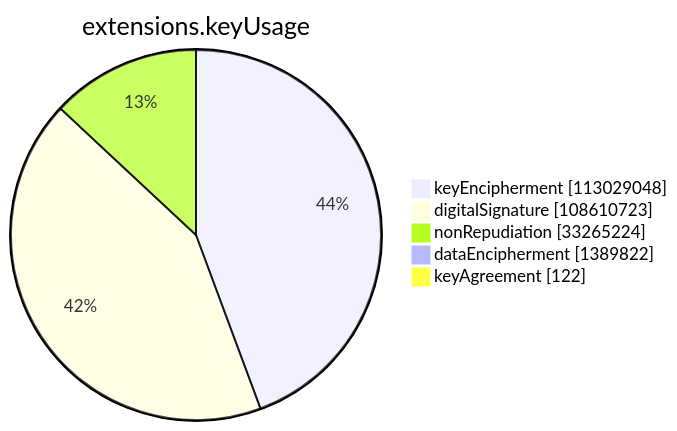
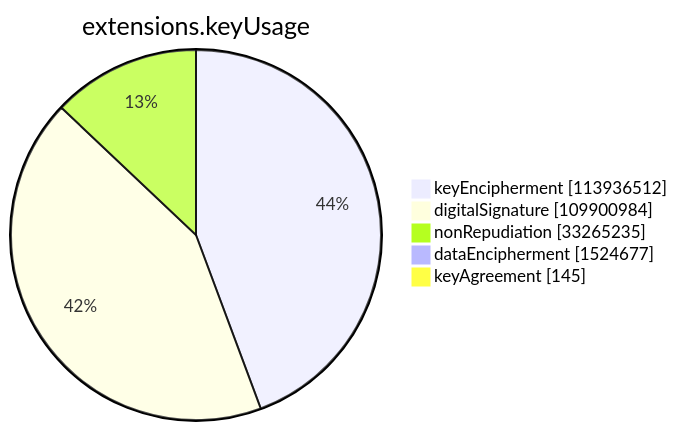
Before and after one commit to christiankrug/ctmonitor_visualization: the sixth of 15 diagrams in xenon2023/README.md, drawn with Mermaid. The commit also changed other lines of this file, not shown here.

````diff
--- a/xenon2023/README.md
+++ b/xenon2023/README.md
@@ -2129,9 +2134,9 @@
 ```mermaid
 pie showData
 title extensions.keyUsage
-"keyEncipherment" :113029048
-"digitalSignature" :108610723
-"nonRepudiation" :33265224
-"dataEncipherment" :1389822
-"keyAgreement" :122
+"keyEncipherment" :113936512
+"digitalSignature" :109900984
+"nonRepudiation" :33265235
+"dataEncipherment" :1524677
+"keyAgreement" :145
 ```
````
